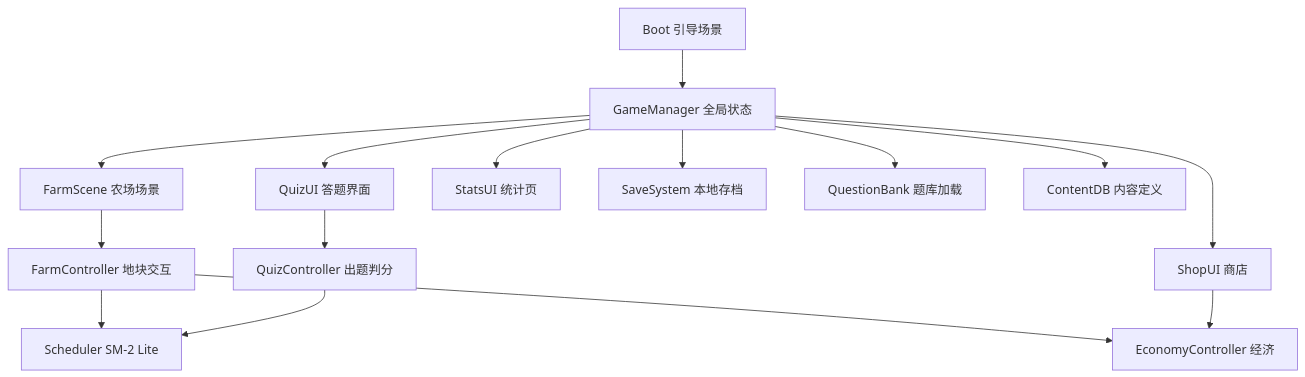
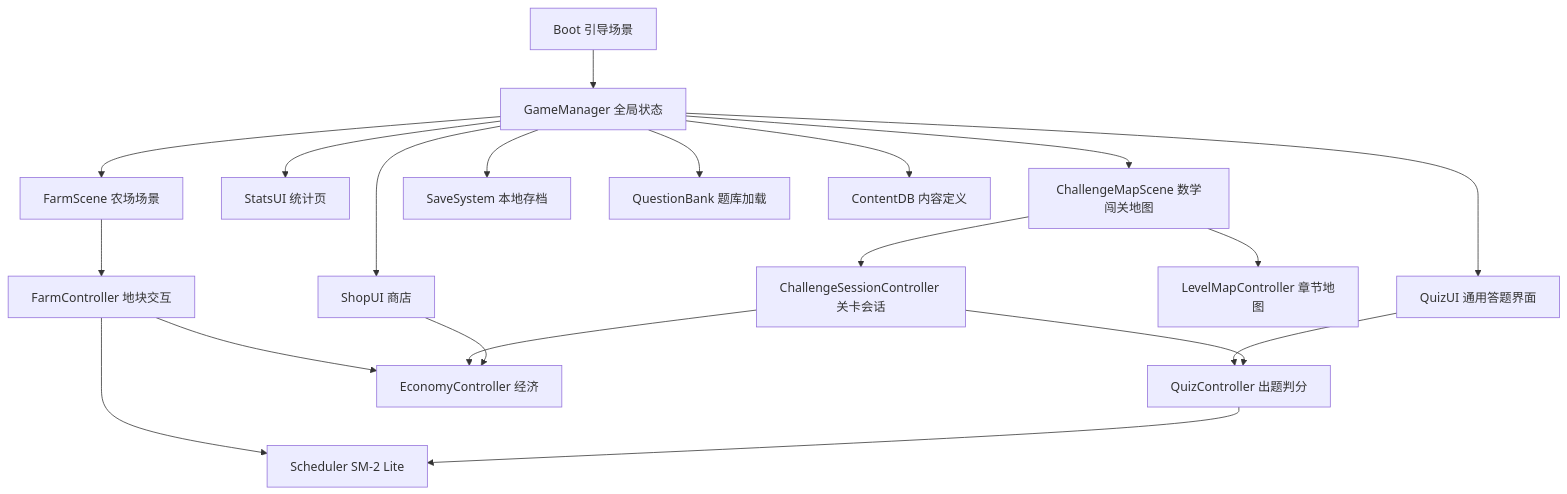
Before and after one commit to renquanpake/-: the diagram in .monkeycode/specs/study-farm/design.md, drawn with Mermaid. The commit also changed other lines of this file and 71 other files, not shown here.

Commit message:
docs: 规划书 rev2（高数闯关模式+出处标注+答案折叠）+ 生图并行脚本与任务书

````diff
--- a/.monkeycode/specs/study-farm/design.md
+++ b/.monkeycode/specs/study-farm/design.md
@@ -24,17 +30,22 @@
 ```mermaid
 graph TD
     A["Boot 引导场景"] --> B["GameManager 全局状态"]
     B --> C["FarmScene 农场场景"]
-    B --> D["QuizUI 答题界面"]
+    B --> D["QuizUI 通用答题界面"]
     B --> E["ShopUI 商店"]
     B --> F["StatsUI 统计页"]
+    B --> N["ChallengeMapScene 数学闯关地图"]
     C --> G["FarmController 地块交互"]
+    N --> O["LevelMapController 章节地图"]
+    N --> P["ChallengeSessionController 关卡会话"]
     D --> H["QuizController 出题判分"]
     G --> I["Scheduler SM-2 Lite"]
     H --> I
+    P --> H
     G --> J["EconomyController 经济"]
+    P --> J
     E --> J
     B --> K["SaveSystem 本地存档"]
     B --> L["QuestionBank 题库加载"]
     B --> M["ContentDB 内容定义"]
 ```
````
